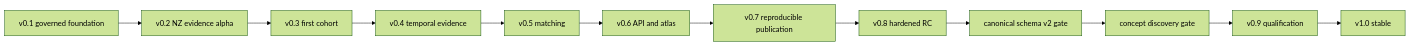
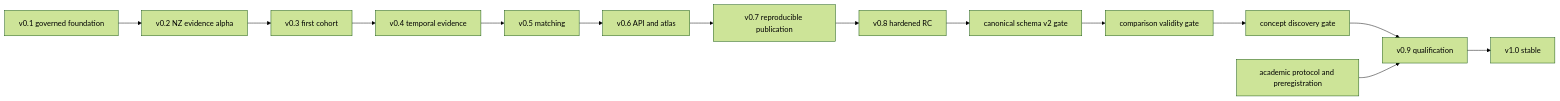
One commit to edithatogo/global-medicines-atlas changed the diagram in conductor/roadmap.md. Above: the diagram before and after it, drawn with Mermaid (forest theme). The commit also changed other lines of this file and 18 other files, not shown here.

````diff
--- a/conductor/roadmap.md
+++ b/conductor/roadmap.md
@@ -26,14 +26,16 @@
 ```mermaid
 flowchart LR
     F["v0.1 governed foundation"] --> NZ["v0.2 NZ evidence alpha"]
     NZ --> C["v0.3 first cohort"]
     C --> E["v0.4 temporal evidence"]
     E --> M["v0.5 matching"]
     M --> P["v0.6 API and atlas"]
     P --> R["v0.7 reproducible publication"]
     R --> H["v0.8 hardened RC"]
     H --> S2["canonical schema v2 gate"]
-    S2 --> D["concept discovery gate"]
+    S2 --> CV["comparison validity gate"]
+    CV --> D["concept discovery gate"]
     D --> Q["v0.9 qualification"]
+    AP["academic protocol and preregistration"] --> Q
     Q --> V1["v1.0 stable"]
 ```
````
